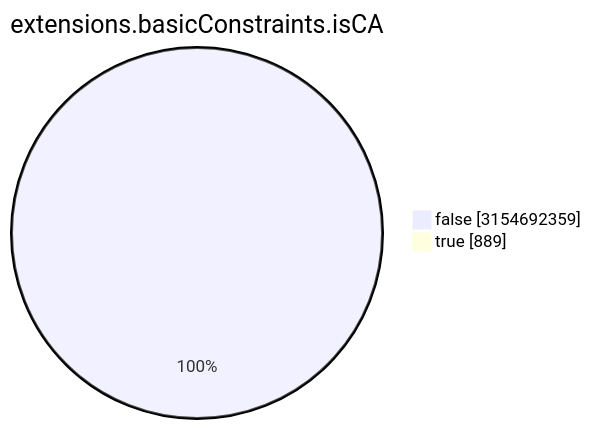
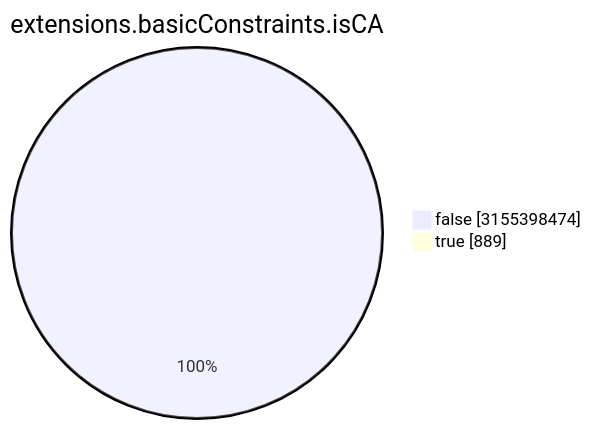
One commit to christiankrug/ctmonitor_visualization changed the seventh of 15 diagrams in TOTAL/README.md. Above: the diagram before and after it, drawn with Mermaid. The commit also changed other lines of this file, not shown here.

````diff
--- a/TOTAL/README.md
+++ b/TOTAL/README.md
@@ -3088,6 +3088,6 @@
 ```mermaid
 pie showData
 title extensions.basicConstraints.isCA
-"false" :3154692359
+"false" :3155398474
 "true" :889
 ```
````
